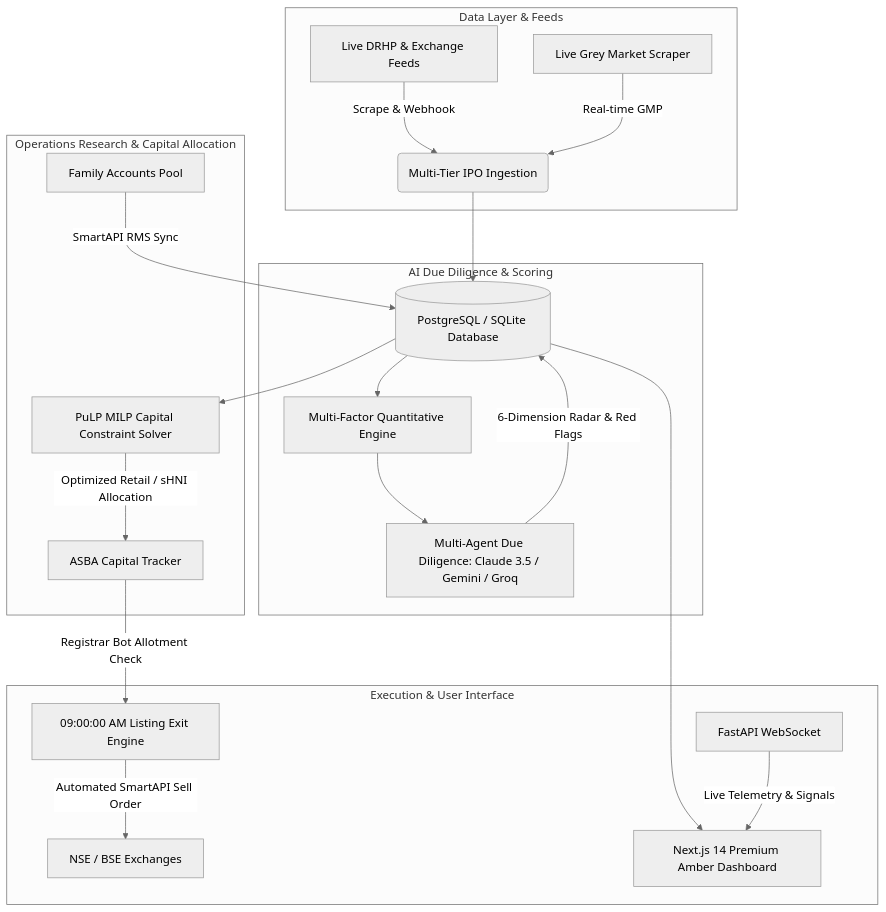
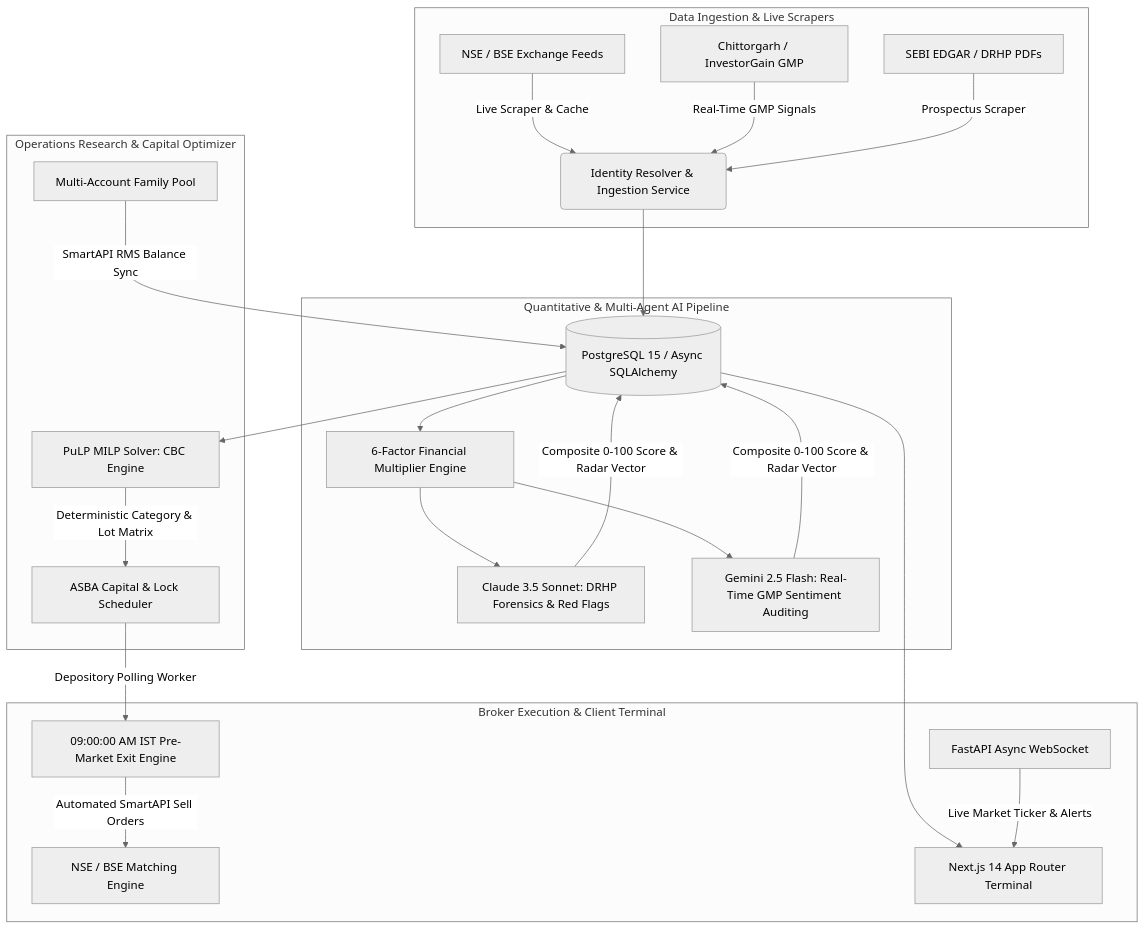
Before and after one commit to ravi-yadav-23/Kapital: the diagram in README.md, drawn with Mermaid (neutral theme). The commit also changed other lines of this file, not shown here.

Commit message:
docs(readme): enhance technical depth, MILP formulation, and engineering architecture

````diff
--- a/README.md
+++ b/README.md
@@ -44,27 +58,29 @@
 ```mermaid
 graph TD
-    subgraph Data Layer & Feeds
-        A[Live DRHP & Exchange Feeds] -->|Scrape & Webhook| B(Multi-Tier IPO Ingestion)
-        G[Live Grey Market Scraper] -->|Real-time GMP| B
+    subgraph Data Ingestion & Live Scrapers
+        A1[NSE / BSE Exchange Feeds] -->|Live Scraper & Cache| B(Identity Resolver & Ingestion Service)
+        A2[Chittorgarh / InvestorGain GMP] -->|Real-Time GMP Signals| B
+        A3[SEBI EDGAR / DRHP PDFs] -->|Prospectus Scraper| B
     end
 
-    subgraph AI Due Diligence & Scoring
-        B --> C[(PostgreSQL / SQLite Database)]
-        C --> D[Multi-Factor Quantitative Engine]
-        D --> E[Multi-Agent Due Diligence: Claude 3.5 / Gemini / Groq]
-        E -->|6-Dimension Radar & Red Flags| C
+    subgraph Quantitative & Multi-Agent AI Pipeline
+        B --> C[(PostgreSQL 15 / Async SQLAlchemy)]
+        C --> D[6-Factor Financial Multiplier Engine]
+        D --> E1[Claude 3.5 Sonnet: DRHP Forensics & Red Flags]
+        D --> E2[Gemini 2.5 Flash: Real-Time GMP Sentiment Auditing]
+        E1 & E2 -->|Composite 0-100 Score & Radar Vector| C
     end
 
-    subgraph Operations Research & Capital Allocation
-        F[Family Accounts Pool] -->|SmartAPI RMS Sync| C
-        C --> H[PuLP MILP Capital Constraint Solver]
-        H -->|Optimized Retail / sHNI Allocation| I[ASBA Capital Tracker]
+    subgraph Operations Research & Capital Optimizer
+        F[Multi-Account Family Pool] -->|SmartAPI RMS Balance Sync| C
+        C --> H[PuLP MILP Solver: CBC Engine]
+        H -->|Deterministic Category & Lot Matrix| I[ASBA Capital & Lock Scheduler]
     end
 
-    subgraph Execution & User Interface
-        I -->|Registrar Bot Allotment Check| J[09:00:00 AM Listing Exit Engine]
-        J -->|Automated SmartAPI Sell Order| K[NSE / BSE Exchanges]
-        C --> L[Next.js 14 Premium Amber Dashboard]
-        M[FastAPI WebSocket] -->|Live Telemetry & Signals| L
+    subgraph Broker Execution & Client Terminal
+        I -->|Depository Polling Worker| J[09:00:00 AM IST Pre-Market Exit Engine]
+        J -->|Automated SmartAPI Sell Orders| K[NSE / BSE Matching Engine]
+        C --> L[Next.js 14 App Router Terminal]
+        M[FastAPI Async WebSocket] -->|Live Market Ticker & Alerts| L
     end
 ```
````
